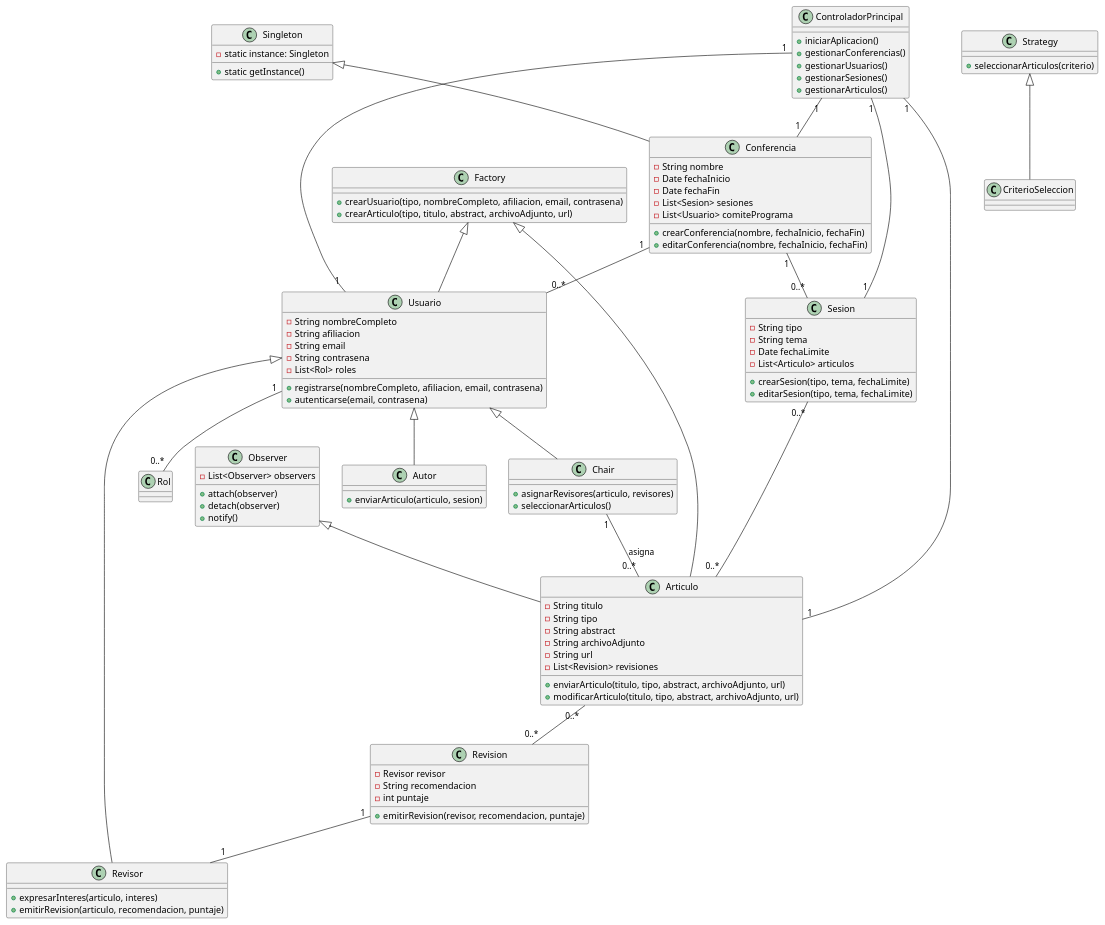
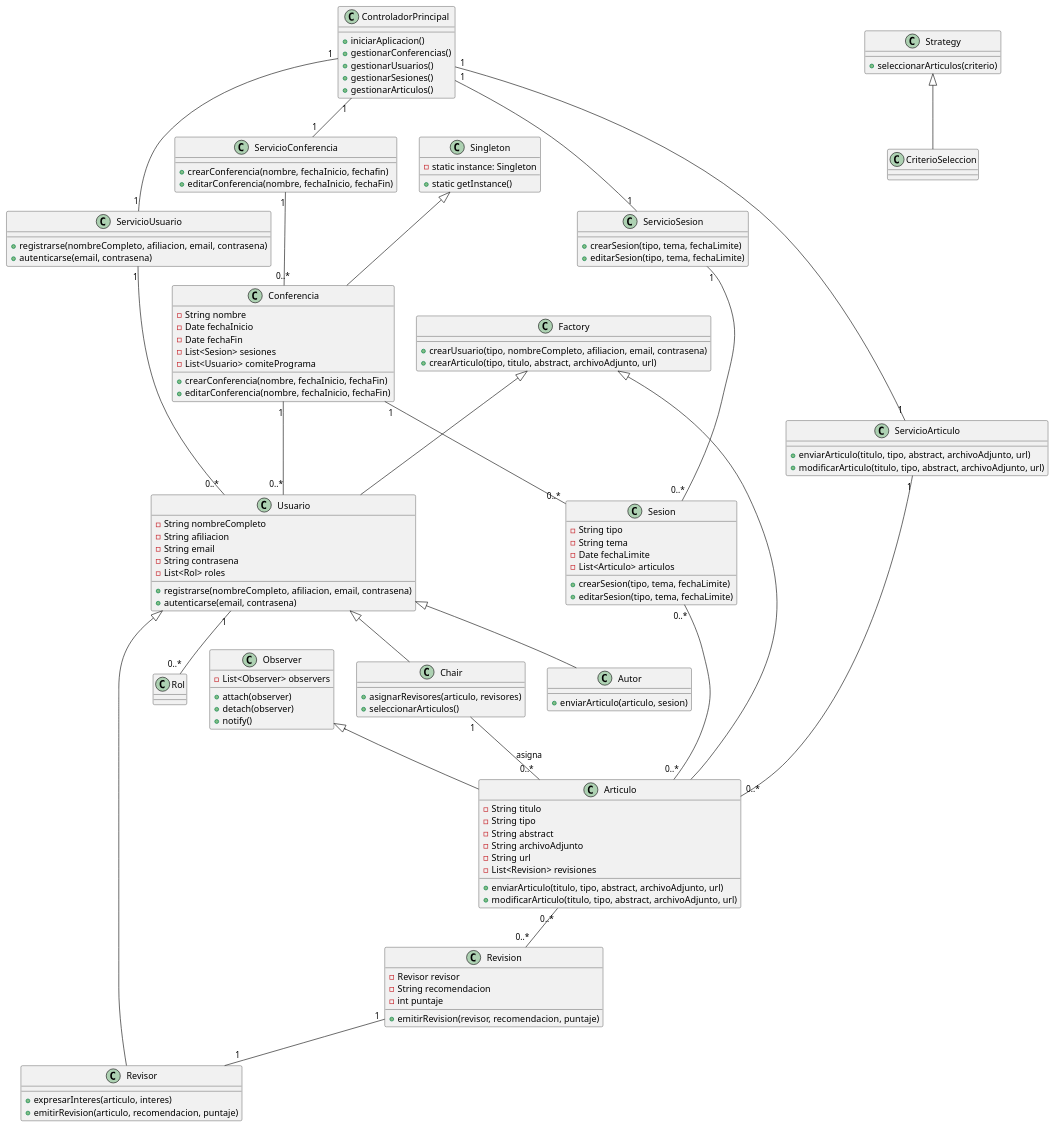
Before and after one commit to ivan2003sr/TyH2024-Tpfinal: the diagram in UmlDiagram.puml, drawn with PlantUML.

Commit message:
Aguilar Ivan
Se cambió la estrategia para que ControladorPrincipal actúe como punto
de entrada y coordine las operaciones entre los diferentes servicios.

```diff
--- a/UmlDiagram.puml
+++ b/UmlDiagram.puml
@@ -1,119 +1,144 @@
 @startuml
 
 ' Gestión de Conferencias
 class Conferencia {
     - String nombre
     - Date fechaInicio
     - Date fechaFin
     - List<Sesion> sesiones
     - List<Usuario> comitePrograma
     + crearConferencia(nombre, fechaInicio, fechaFin)
     + editarConferencia(nombre, fechaInicio, fechaFin)
 }
 
 class Sesion {
     - String tipo
     - String tema
     - Date fechaLimite
     - List<Articulo> articulos
     + crearSesion(tipo, tema, fechaLimite)
     + editarSesion(tipo, tema, fechaLimite)
 }
 
 ' Gestión de Usuarios
 class Usuario {
     - String nombreCompleto
     - String afiliacion
     - String email
     - String contrasena
     - List<Rol> roles
     + registrarse(nombreCompleto, afiliacion, email, contrasena)
     + autenticarse(email, contrasena)
 }
 
 class Autor {
     + enviarArticulo(articulo, sesion)
 }
 
 class Revisor {
     + expresarInteres(articulo, interes)
     + emitirRevision(articulo, recomendacion, puntaje)
 }
 
 class Chair {
     + asignarRevisores(articulo, revisores)
     + seleccionarArticulos()
 }
 
 ' Gestión de Artículos
 class Articulo {
     - String titulo
     - String tipo
     - String abstract
     - String archivoAdjunto
     - String url
     - List<Revision> revisiones
     + enviarArticulo(titulo, tipo, abstract, archivoAdjunto, url)
     + modificarArticulo(titulo, tipo, abstract, archivoAdjunto, url)
 }
 
 class Revision {
     - Revisor revisor
     - String recomendacion
     - int puntaje
     + emitirRevision(revisor, recomendacion, puntaje)
 }
 
 ' Punto de Entrada
 class ControladorPrincipal {
     + iniciarAplicacion()
     + gestionarConferencias()
     + gestionarUsuarios()
     + gestionarSesiones()
     + gestionarArticulos()
 }
 
+' Servicios
+class ServicioConferencia {
+    + crearConferencia(nombre, fechaInicio, fechafin)
+    + editarConferencia(nombre, fechaInicio, fechaFin)
+}
+
+class ServicioUsuario {
+    + registrarse(nombreCompleto, afiliacion, email, contrasena)
+    + autenticarse(email, contrasena)
+}
+
+class ServicioSesion {
+    + crearSesion(tipo, tema, fechaLimite)
+    + editarSesion(tipo, tema, fechaLimite)
+}
+
+class ServicioArticulo {
+    + enviarArticulo(titulo, tipo, abstract, archivoAdjunto, url)
+    + modificarArticulo(titulo, tipo, abstract, archivoAdjunto, url)
+}
+
 ' Patrones de Diseño
 class Singleton {
     - static instance: Singleton
     + static getInstance()
 }
 
 class Factory {
     + crearUsuario(tipo, nombreCompleto, afiliacion, email, contrasena)
     + crearArticulo(tipo, titulo, abstract, archivoAdjunto, url)
 }
 
 class Observer {
     - List<Observer> observers
     + attach(observer)
     + detach(observer)
     + notify()
 }
 
 class Strategy {
     + seleccionarArticulos(criterio)
 }
 
 ' Relaciones
-ControladorPrincipal "1" -- "1" Conferencia
-ControladorPrincipal "1" -- "1" Usuario
-ControladorPrincipal "1" -- "1" Sesion
-ControladorPrincipal "1" -- "1" Articulo
+ControladorPrincipal "1" -- "1" ServicioConferencia
+ControladorPrincipal "1" -- "1" ServicioUsuario
+ControladorPrincipal "1" -- "1" ServicioSesion
+ControladorPrincipal "1" -- "1" ServicioArticulo
+ServicioConferencia "1" -- "0..*" Conferencia
+ServicioSesion "1" -- "0..*" Sesion
+ServicioUsuario "1" -- "0..*" Usuario
+ServicioArticulo "1" -- "0..*" Articulo
 Conferencia "1" -- "0..*" Sesion
 Sesion "0..*" -- "0..*" Articulo
 Conferencia "1" -- "0..*" Usuario
 Usuario "1" -- "0..*" Rol
 Articulo "0..*" -- "0..*" Revision
 Revision "1" -- "1" Revisor
 Chair "1" -- "0..*" Articulo : asigna
 Observer <|-- Articulo
 Strategy <|-- CriterioSeleccion
 Factory <|-- Usuario
 Factory <|-- Articulo
 Singleton <|-- Conferencia
 Usuario <|-- Autor
 Usuario <|-- Revisor
 Usuario <|-- Chair
 
 @enduml
```
